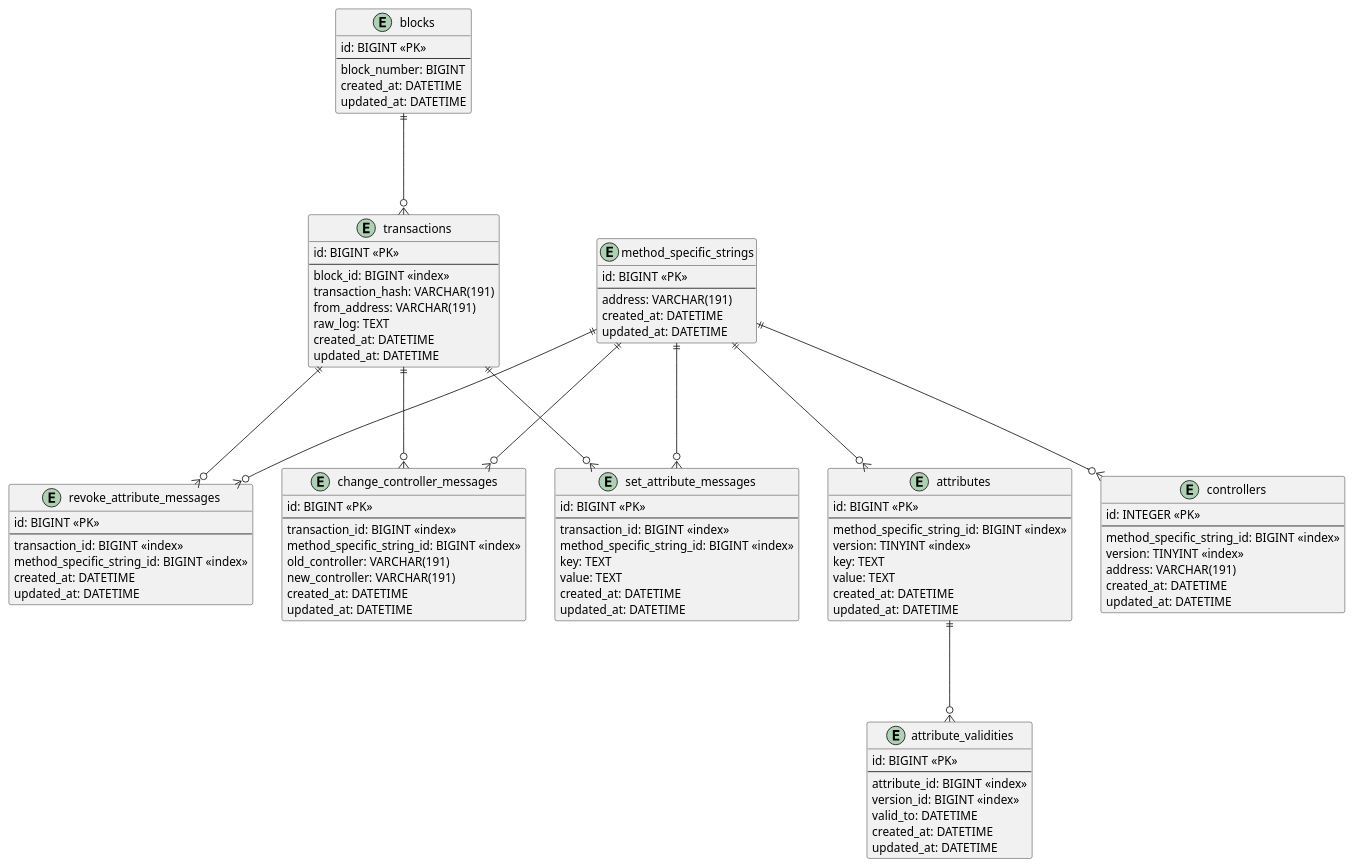
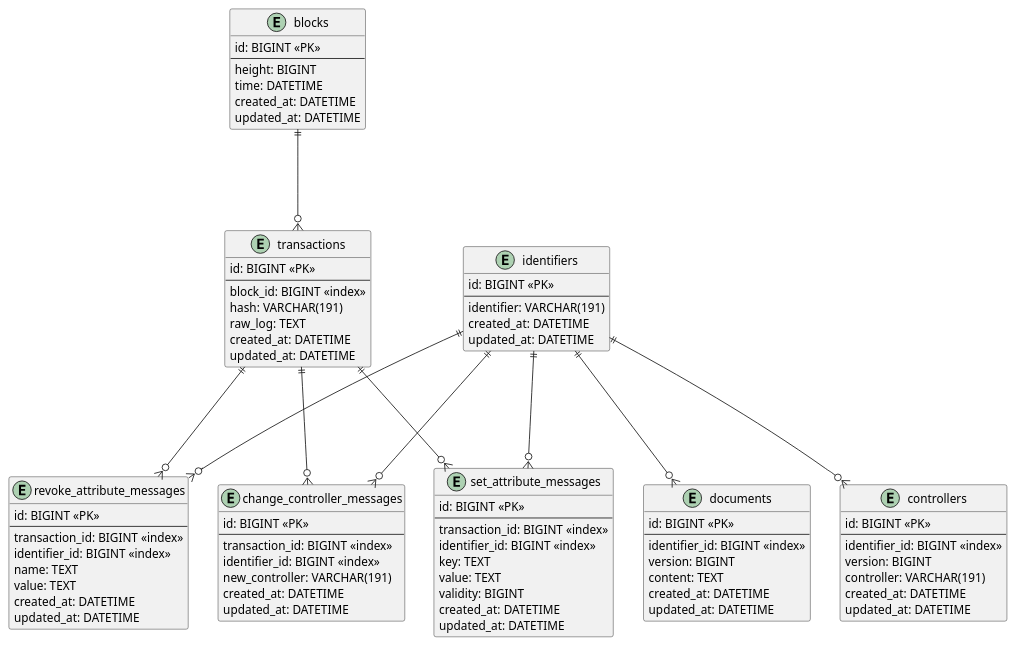
One commit to EG-easy/grano-did-exporter changed the diagram in docs/database.pu. Above: the diagram before and after it, drawn with PlantUML.

Commit message:
update schema

```diff
--- a/docs/database.pu
+++ b/docs/database.pu
@@ -1,105 +1,95 @@
 @startuml
 
 entity blocks {
   id: BIGINT <<PK>>
   --
-  block_number: BIGINT
+  height: BIGINT
+  time: DATETIME
   created_at: DATETIME
   updated_at: DATETIME
 }
 
 entity transactions {
   id: BIGINT <<PK>>
   --
   block_id: BIGINT <<index>>
-  transaction_hash: VARCHAR(191)
-  from_address: VARCHAR(191)
+  hash: VARCHAR(191)
   raw_log: TEXT
   created_at: DATETIME
   updated_at: DATETIME
 }
 
-entity method_specific_strings {
+entity identifiers {
   id: BIGINT <<PK>>
   --
-  address: VARCHAR(191)
+  identifier: VARCHAR(191)
   created_at: DATETIME
   updated_at: DATETIME
 }
 
 entity change_controller_messages {
   id: BIGINT <<PK>>
   --
   transaction_id: BIGINT <<index>>
-  method_specific_string_id: BIGINT <<index>>
-  old_controller: VARCHAR(191)
+  identifier_id: BIGINT <<index>>
   new_controller: VARCHAR(191)
   created_at: DATETIME
   updated_at: DATETIME
 }
 
 entity set_attribute_messages {
   id: BIGINT <<PK>>
   --
   transaction_id: BIGINT <<index>>
-  method_specific_string_id: BIGINT <<index>>
+  identifier_id: BIGINT <<index>>
   key: TEXT
   value: TEXT
+  validity: BIGINT
   created_at: DATETIME
   updated_at: DATETIME
 }
 
 entity revoke_attribute_messages {
   id: BIGINT <<PK>>
   --
   transaction_id: BIGINT <<index>>
-  method_specific_string_id: BIGINT <<index>>
+  identifier_id: BIGINT <<index>>
+  name: TEXT
+  value: TEXT
   created_at: DATETIME
   updated_at: DATETIME
 }
 
 entity controllers { 
-  id: INTEGER <<PK>>
+  id: BIGINT <<PK>>
   --
-  method_specific_string_id: BIGINT <<index>>
-  version: TINYINT <<index>>
-  address: VARCHAR(191)
+  identifier_id: BIGINT <<index>>
+  version: BIGINT
+  controller: VARCHAR(191)
   created_at: DATETIME
   updated_at: DATETIME
 }
 
-entity attributes {
+entity documents {
   id: BIGINT <<PK>>
   --
-  method_specific_string_id: BIGINT <<index>>
-  version: TINYINT <<index>>
-  key: TEXT
-  value: TEXT
-  created_at: DATETIME
-  updated_at: DATETIME
-}
-
-entity attribute_validities {
-  id: BIGINT <<PK>>
-  --
-  attribute_id: BIGINT <<index>>
-  version_id: BIGINT <<index>>
-  valid_to: DATETIME
+  identifier_id: BIGINT <<index>>
+  version: BIGINT
+  content: TEXT
   created_at: DATETIME
   updated_at: DATETIME
 }
 
 blocks ||---o{ transactions
 transactions ||---o{ change_controller_messages
 transactions ||---o{ set_attribute_messages
 transactions ||---o{ revoke_attribute_messages
 
-method_specific_strings ||---o{ change_controller_messages
-method_specific_strings ||---o{ set_attribute_messages
-method_specific_strings ||---o{ revoke_attribute_messages
+identifiers ||---o{ change_controller_messages
+identifiers ||---o{ set_attribute_messages
+identifiers ||---o{ revoke_attribute_messages
 
-method_specific_strings ||---o{ controllers
-method_specific_strings ||---o{ attributes
-attributes ||---o{ attribute_validities
+identifiers ||---o{ controllers
+identifiers ||---o{ documents
 
 @enduml
```
